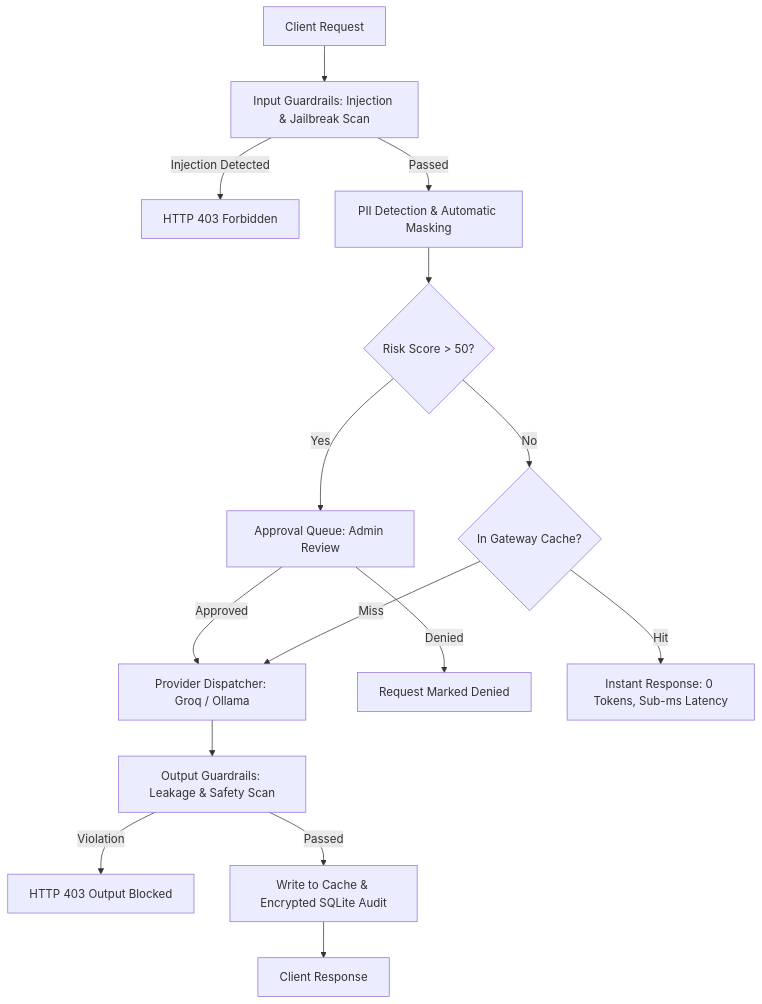
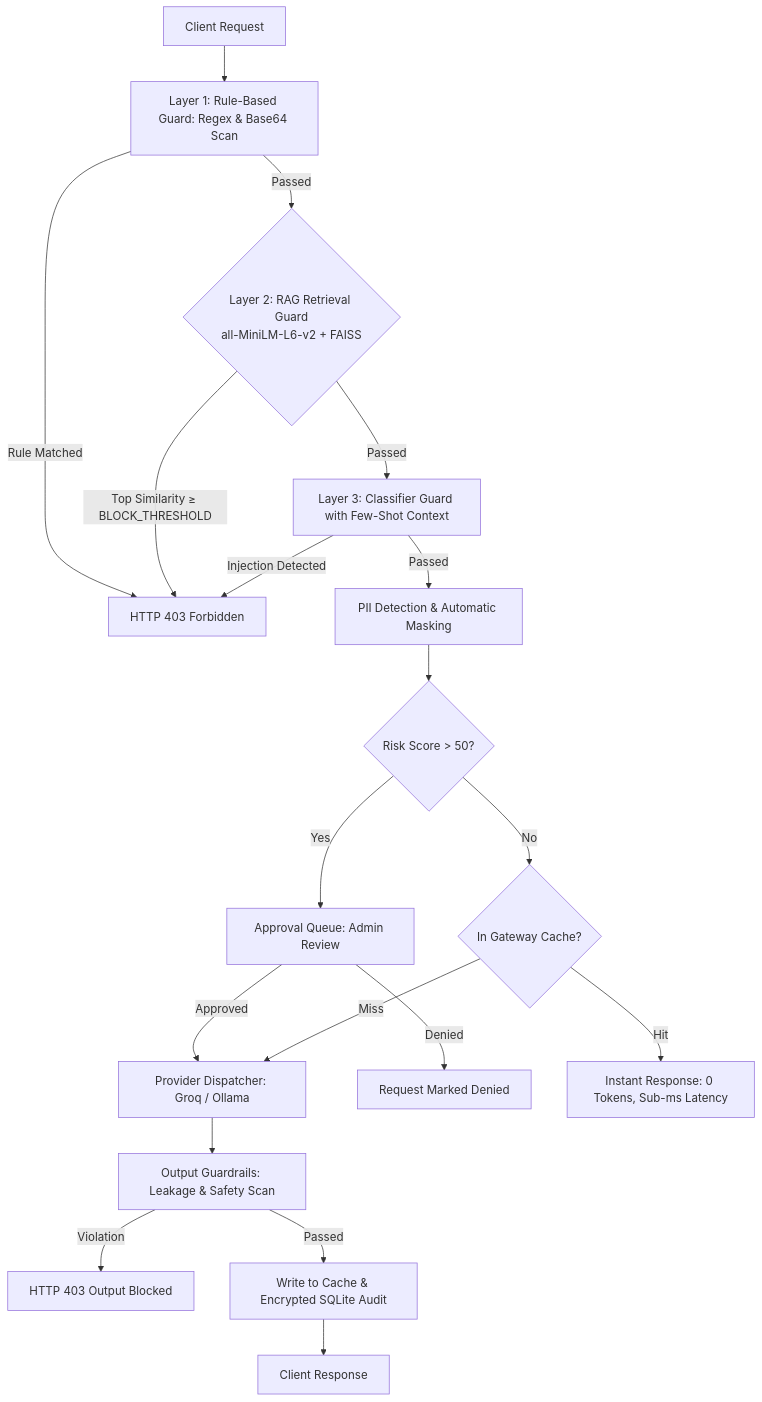
Before and after one commit to dhruuv-patil/Sentra: the diagram in README.md, drawn with Mermaid. The commit also changed other lines of this file and 1 other file, not shown here.

First line of the commit message:
docs(rag): update architecture diagram, operational guide, and add RAG pytest suite

````diff
--- a/README.md
+++ b/README.md
@@ -137,17 +138,21 @@
 ```mermaid
 graph TD
-    A[Client Request] --> B[Input Guardrails: Injection & Jailbreak Scan]
-    B -->|Injection Detected| C[HTTP 403 Forbidden]
-    B -->|Passed| D[PII Detection & Automatic Masking]
+    A[Client Request] --> B1[Layer 1: Rule-Based Guard: Regex & Base64 Scan]
+    B1 -->|Rule Matched| C[HTTP 403 Forbidden]
+    B1 -->|Passed| B2{Layer 2: RAG Retrieval Guard<br/>all-MiniLM-L6-v2 + FAISS}
+    B2 -->|Top Similarity &ge; BLOCK_THRESHOLD| C
+    B2 -->|Passed| B3[Layer 3: Classifier Guard with Few-Shot Context]
+    B3 -->|Injection Detected| C
+    B3 -->|Passed| D[PII Detection & Automatic Masking]
     D --> E{Risk Score > 50?}
     E -->|Yes| F[Approval Queue: Admin Review]
     F -->|Approved| G[Provider Dispatcher: Groq / Ollama]
     F -->|Denied| H[Request Marked Denied]
     E -->|No| I{In Gateway Cache?}
     I -->|Hit| J[Instant Response: 0 Tokens, Sub-ms Latency]
     I -->|Miss| G
     G --> K[Output Guardrails: Leakage & Safety Scan]
     K -->|Violation| L[HTTP 403 Output Blocked]
     K -->|Passed| M[Write to Cache & Encrypted SQLite Audit]
     M --> N[Client Response]
 ```
````
